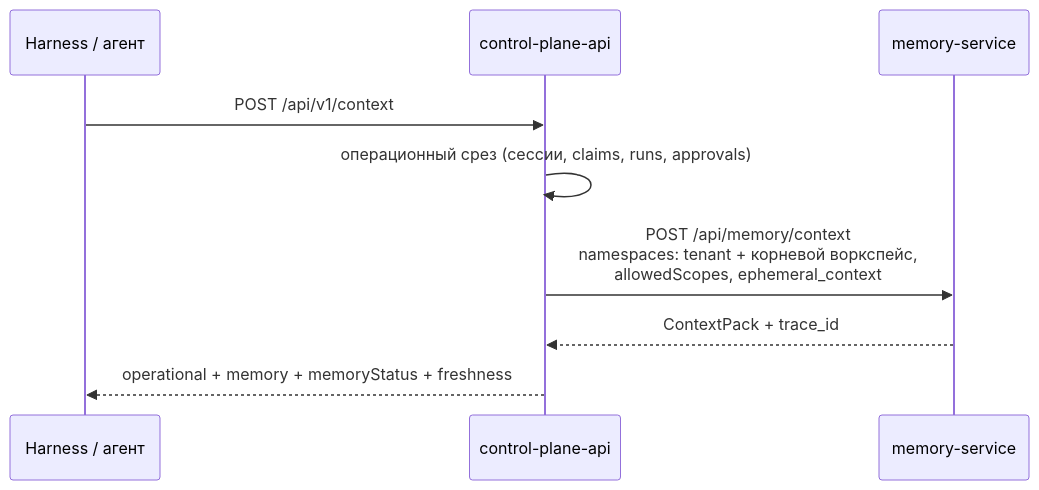
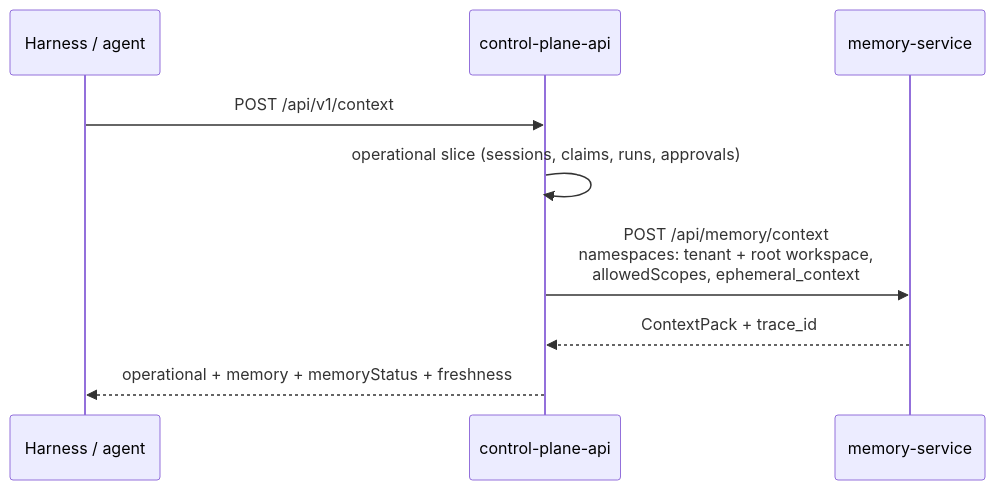
One commit to monthu56/taimen changed the second of 2 diagrams in guide/docs/memory/retrieval.md. Above: the diagram before and after it, drawn with Mermaid. The commit also changed other lines of this file and 183 other files, not shown here.

````diff
--- a/guide/docs/memory/retrieval.md
+++ b/guide/docs/memory/retrieval.md
@@ -330,11 +346,11 @@
 ```mermaid
 sequenceDiagram
-    participant H as Harness / агент
+    participant H as Harness / agent
     participant CP as control-plane-api
     participant M as memory-service
     H->>CP: POST /api/v1/context
-    CP->>CP: операционный срез (сессии, claims, runs, approvals)
-    CP->>M: POST /api/memory/context<br/>namespaces: tenant + корневой воркспейс,<br/>allowedScopes, ephemeral_context
+    CP->>CP: operational slice (sessions, claims, runs, approvals)
+    CP->>M: POST /api/memory/context<br/>namespaces: tenant + root workspace,<br/>allowedScopes, ephemeral_context
     M-->>CP: ContextPack + trace_id
     CP-->>H: operational + memory + memoryStatus + freshness
 ```
````
